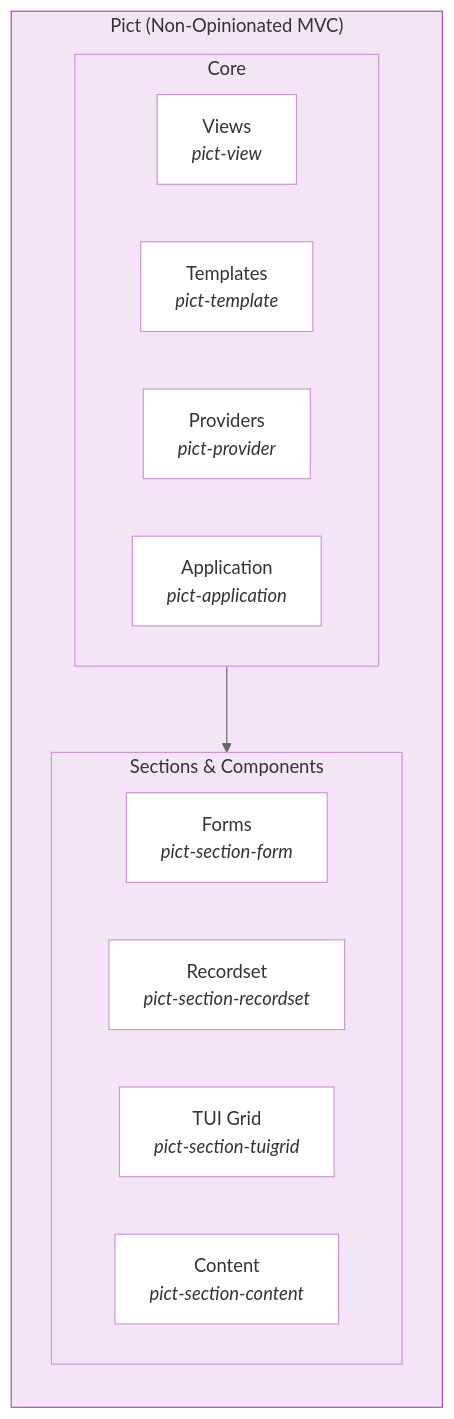
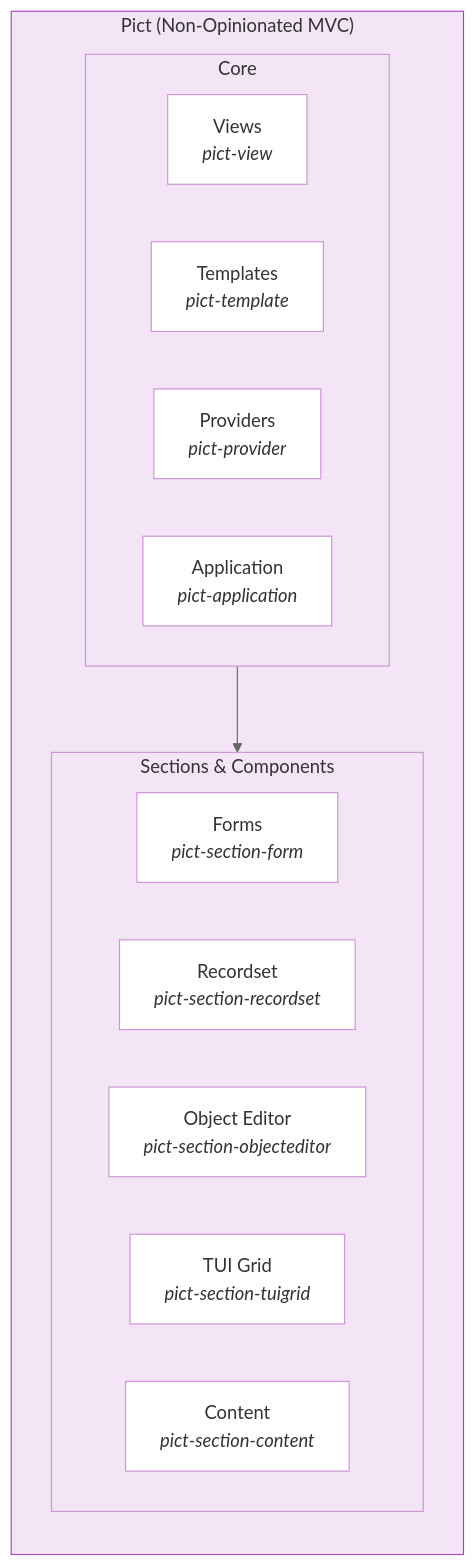
One commit to stevenvelozo/retold changed the sixth of 7 diagrams in docs/architecture/architecture.md. Above: the diagram before and after it, drawn with Mermaid (neutral theme). The commit also changed other lines of this file and 5 other files, not shown here.

````diff
--- a/docs/architecture/architecture.md
+++ b/docs/architecture/architecture.md
@@ -195,31 +195,33 @@
 ```mermaid
 graph TB
   subgraph Pict["Pict (Non-Opinionated MVC)"]
     direction TB
     subgraph Core["Core"]
       views["Views<br/><i>pict-view</i>"]
       templates["Templates<br/><i>pict-template</i>"]
       providers["Providers<br/><i>pict-provider</i>"]
       appfw["Application<br/><i>pict-application</i>"]
     end
     subgraph Sections["Sections & Components"]
       forms["Forms<br/><i>pict-section-form</i>"]
       recordset["Recordset<br/><i>pict-section-recordset</i>"]
+      objecteditor["Object Editor<br/><i>pict-section-objecteditor</i>"]
       tuigrid["TUI Grid<br/><i>pict-section-tuigrid</i>"]
       content["Content<br/><i>pict-section-content</i>"]
     end
     Core --> Sections
   end
 
   style Pict fill:#f3e5f5,stroke:#ab47bc,color:#333
   style Core fill:#f3e5f5,stroke:#ce93d8,color:#333
   style Sections fill:#f3e5f5,stroke:#ce93d8,color:#333
   style views fill:#fff,stroke:#ce93d8,color:#333
   style templates fill:#fff,stroke:#ce93d8,color:#333
   style providers fill:#fff,stroke:#ce93d8,color:#333
   style appfw fill:#fff,stroke:#ce93d8,color:#333
   style forms fill:#fff,stroke:#ce93d8,color:#333
   style recordset fill:#fff,stroke:#ce93d8,color:#333
+  style objecteditor fill:#fff,stroke:#ce93d8,color:#333
   style tuigrid fill:#fff,stroke:#ce93d8,color:#333
   style content fill:#fff,stroke:#ce93d8,color:#333
 ```
````
